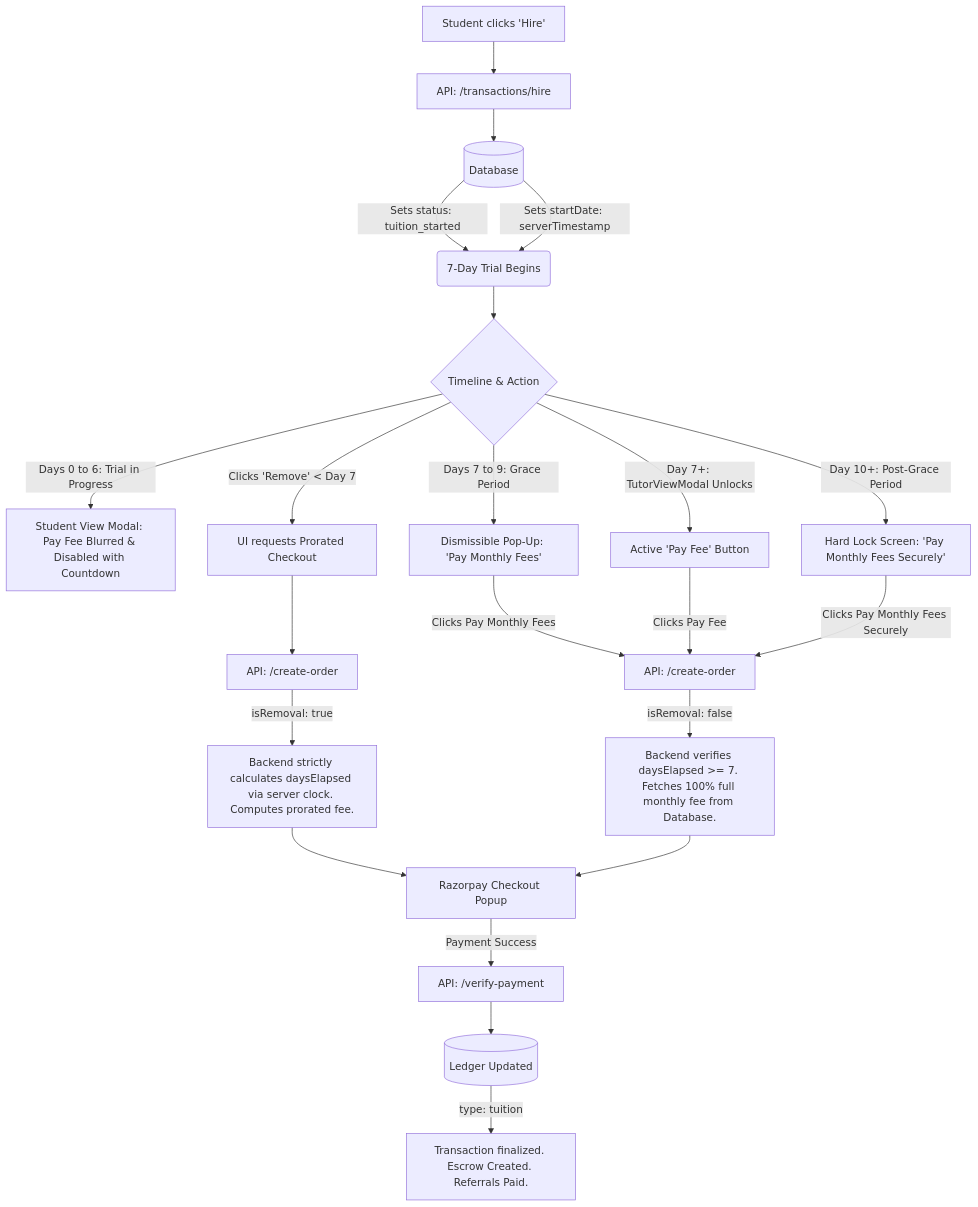
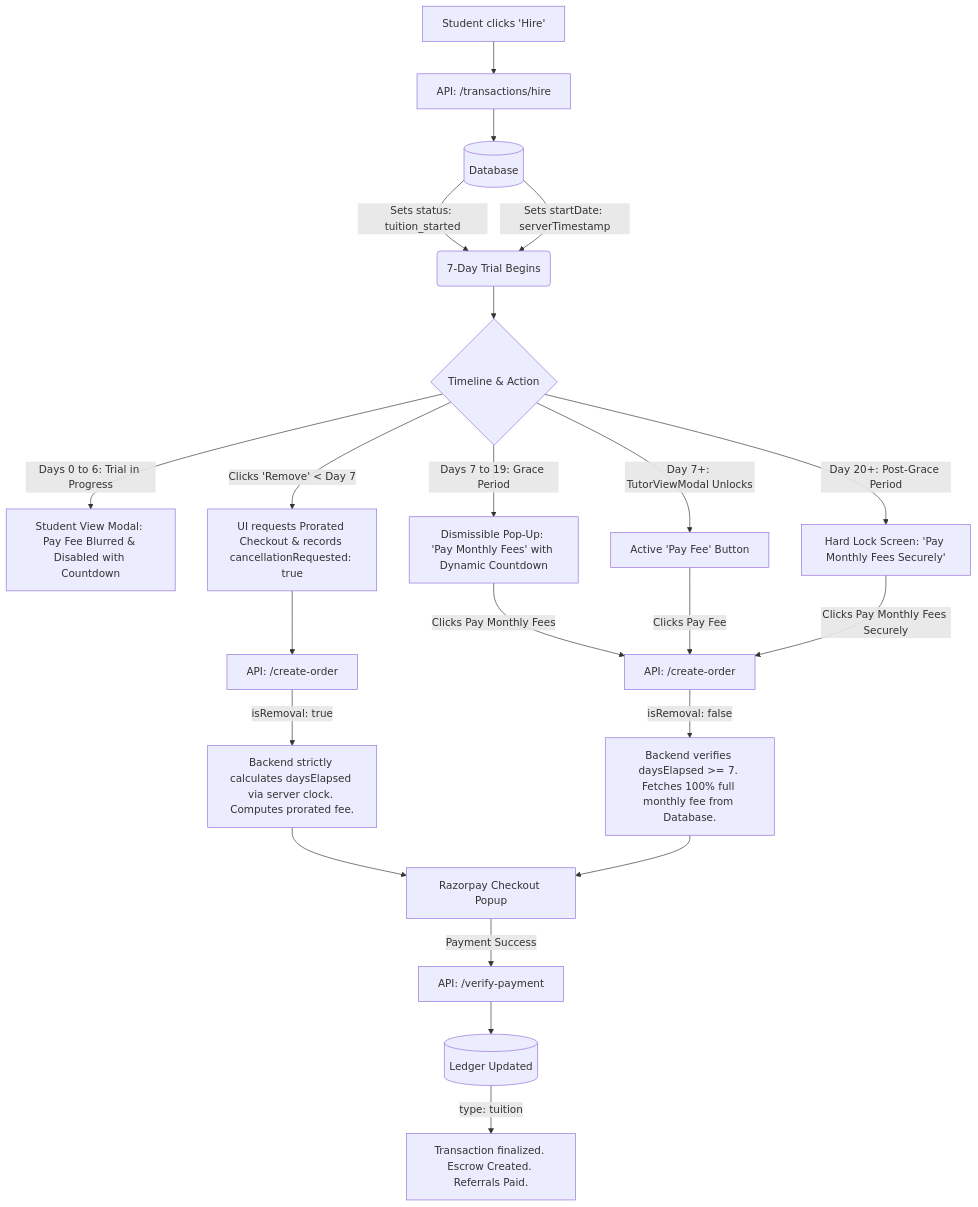
The diagram in docs/Student_Fee_Payment_Architecture.md (Nikhil4002-50-82/Mi-Tutora), drawn with Mermaid before and after one commit. The commit also changed other lines of this file and 14 other files, not shown here.

````diff
--- a/docs/Student_Fee_Payment_Architecture.md
+++ b/docs/Student_Fee_Payment_Architecture.md
@@ -11,30 +11,30 @@
 ```mermaid
 graph TD
     A[Student clicks 'Hire'] --> B[API: /transactions/hire]
     B --> C[(Database)]
     C -->|Sets status: tuition_started| D(7-Day Trial Begins)
     C -->|Sets startDate: serverTimestamp| D
     
     D --> E{Timeline & Action}
     
     E -->|Days 0 to 6: Trial in Progress| E1[Student View Modal: Pay Fee Blurred & Disabled with Countdown]
-    E -->|Clicks 'Remove' < Day 7| F[UI requests Prorated Checkout]
-    E -->|Days 7 to 9: Grace Period| G[Dismissible Pop-Up: 'Pay Monthly Fees']
+    E -->|Clicks 'Remove' < Day 7| F[UI requests Prorated Checkout & records cancellationRequested: true]
+    E -->|Days 7 to 19: Grace Period| G[Dismissible Pop-Up: 'Pay Monthly Fees' with Dynamic Countdown]
     E -->|Day 7+: TutorViewModal Unlocks| G1[Active 'Pay Fee' Button]
-    E -->|Day 10+: Post-Grace Period| G2[Hard Lock Screen: 'Pay Monthly Fees Securely']
+    E -->|Day 20+: Post-Grace Period| G2[Hard Lock Screen: 'Pay Monthly Fees Securely']
     
     F --> H[API: /create-order]
     G -->|Clicks Pay Monthly Fees| I[API: /create-order]
     G1 -->|Clicks Pay Fee| I
     G2 -->|Clicks Pay Monthly Fees Securely| I
     
     H -->|isRemoval: true| J[Backend strictly calculates daysElapsed via server clock. Computes prorated fee.]
     I -->|isRemoval: false| K[Backend verifies daysElapsed >= 7. Fetches 100% full monthly fee from Database.]
     
     J --> L[Razorpay Checkout Popup]
     K --> L
     
     L -->|Payment Success| M[API: /verify-payment]
     M --> N[(Ledger Updated)]
     N -->|type: tuition| O[Transaction finalized. Escrow Created. Referrals Paid.]
 ```
````
